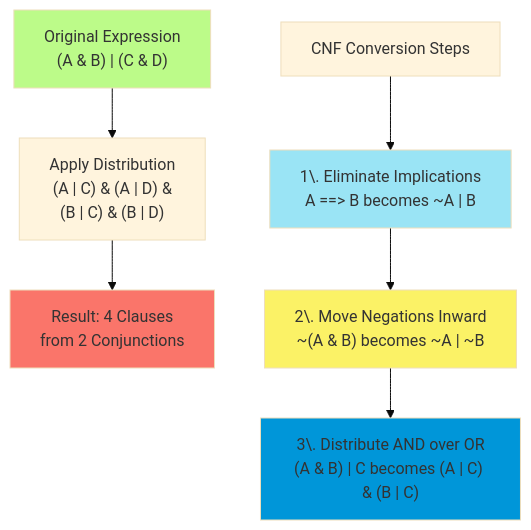
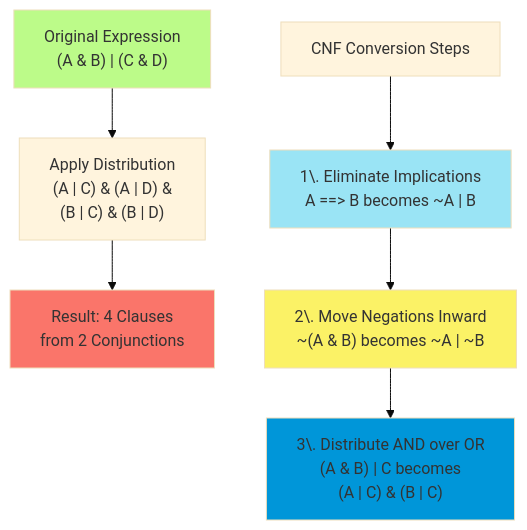
Before and after one commit to Chaklader/progression-search-agent: the eighth of 11 diagrams in C_3.md, drawn with Mermaid (base theme).

Commit message:
The commit is successful

````diff
--- a/C_3.md
+++ b/C_3.md
@@ -817,15 +817,15 @@
 ```mermaid
 flowchart TD
     A["Original Expression<br>(A & B) | (C & D)"] --> B["Apply Distribution<br>(A | C) & (A | D) & <br>(B | C) & (B | D)"]
     B --> C["Result: 4 Clauses<br>from 2 Conjunctions"]
 
     D["CNF Conversion Steps"] --> E["1\. Eliminate Implications<br>A ==> B becomes ~A | B"]
     E --> F["2\. Move Negations Inward<br>~(A & B) becomes ~A | ~B"]
-    F --> G["3\. Distribute AND over OR<br>(A & B) | C becomes (A | C) & (B | C)"]
+    F --> G["3\. Distribute AND over OR<br>(A & B) | C becomes <br> (A | C) & (B | C)"]
 
     style A fill:#BCFB89
     style C fill:#FA756A
     style E fill:#9AE4F5
     style F fill:#FBF266
     style G fill:#0096D9
 ```
````
